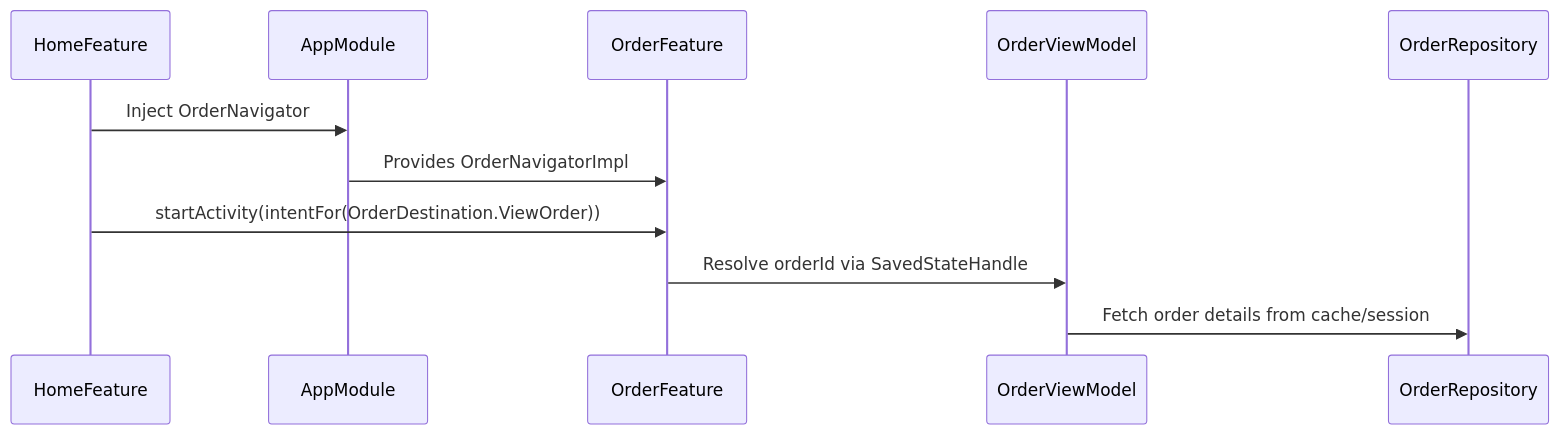
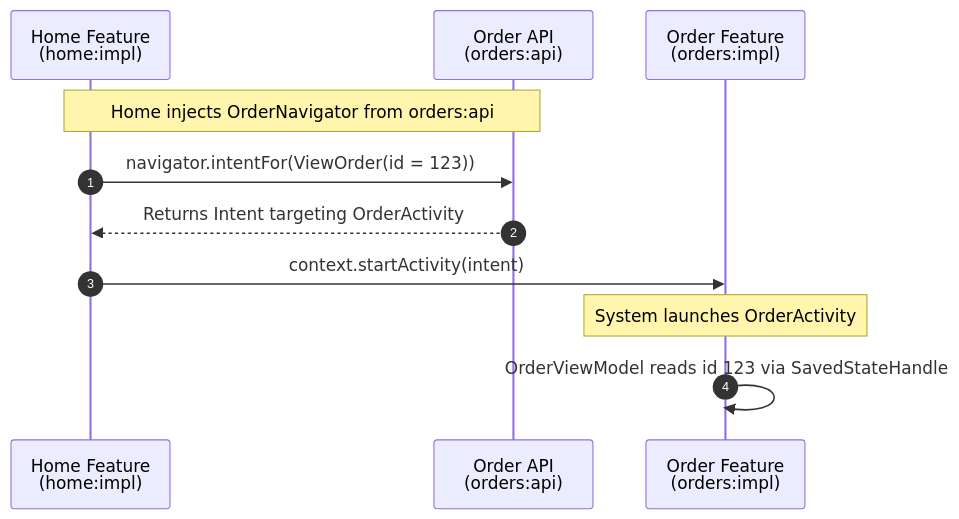
One commit to vyshas/modulartemplate changed the fourth of 6 diagrams in README.md. Above: the diagram before and after it, drawn with Mermaid. The commit also changed other lines of this file, not shown here.

Commit message:
docs: Add dependency diagrams and simplify navigation sequence

````diff
--- a/README.md
+++ b/README.md
@@ -279,12 +289,16 @@
 ```mermaid
 sequenceDiagram
-  participant HomeFeature
-  participant AppModule
-  participant OrderFeature
+  autonumber
+  participant Home as Home Feature<br/>(home:impl)
+  participant OrderApi as Order API<br/>(orders:api)
+  participant OrderImpl as Order Feature<br/>(orders:impl)
 
-  HomeFeature->>AppModule: Inject OrderNavigator
-  AppModule->>OrderFeature: Provides OrderNavigatorImpl
-  HomeFeature->>OrderFeature: startActivity(intentFor(OrderDestination.ViewOrder))
-  OrderFeature->>OrderViewModel: Resolve orderId via SavedStateHandle
-  OrderViewModel->>OrderRepository: Fetch order details from cache/session
+  Note over Home,OrderApi: Home injects OrderNavigator from orders:api
+  Home->>OrderApi: navigator.intentFor(ViewOrder(id = 123))
+  OrderApi-->>Home: Returns Intent targeting OrderActivity
+  
+  Home->>OrderImpl: context.startActivity(intent)
+  Note over OrderImpl: System launches OrderActivity
+  
+  OrderImpl->>OrderImpl: OrderViewModel reads id 123 via SavedStateHandle
 ```
````
